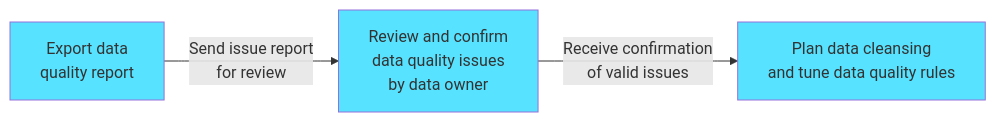
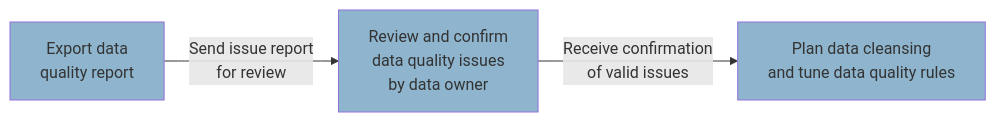
One commit to dqops/dqo changed the third of 5 diagrams in docs/dqo-concepts/data-quality-process.md. Above: the diagram before and after it, drawn with Mermaid. The commit also changed other lines of this file, not shown here.

````diff
--- a/docs/dqo-concepts/data-quality-process.md
+++ b/docs/dqo-concepts/data-quality-process.md
@@ -115,7 +115,7 @@
 ``` mermaid
 graph LR
   EXPORT_DATA_QUALITY_REPOT[Export data<br/>quality report]:::step --> |Send issue report<br/>for review| REVIEW_ISSUES[Review and confirm<br/>data quality issues<br/>by data owner]:::step;
   REVIEW_ISSUES --> |Receive confirmation<br/> of valid issues| PLAN_DATA_CLEANSING[Plan data cleansing<br/>and tune data quality rules]:::step;
   
-  classDef step fill:#57e3ff;
+  classDef step fill:#8EB5CD;
 ```
````
